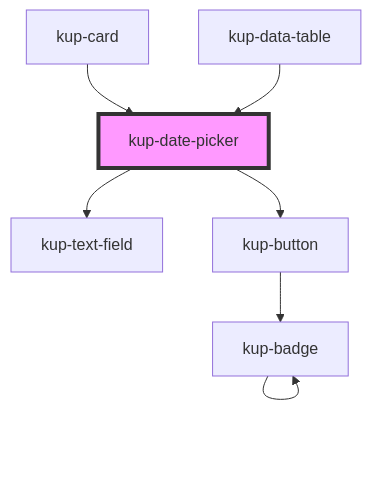
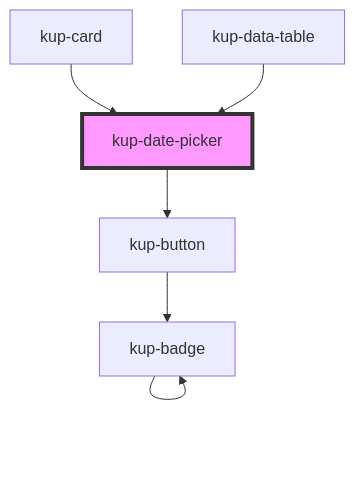
One commit to smeup/ketchup changed the diagram in packages/ketchup/src/components/kup-date-picker/readme.md. Above: the diagram before and after it, drawn with Mermaid. The commit also changed other lines of this file and 14 other files, not shown here.

Commit message:
kup-time-picker: removed dynamic position.

````diff
--- a/packages/ketchup/src/components/kup-date-picker/readme.md
+++ b/packages/ketchup/src/components/kup-date-picker/readme.md
@@ -98,10 +97,9 @@
 ```mermaid
 graph TD;
-  kup-date-picker --> kup-text-field
   kup-date-picker --> kup-button
   kup-button --> kup-badge
   kup-badge --> kup-badge
   kup-card --> kup-date-picker
   kup-data-table --> kup-date-picker
   style kup-date-picker fill:#f9f,stroke:#333,stroke-width:4px
 ```
````
